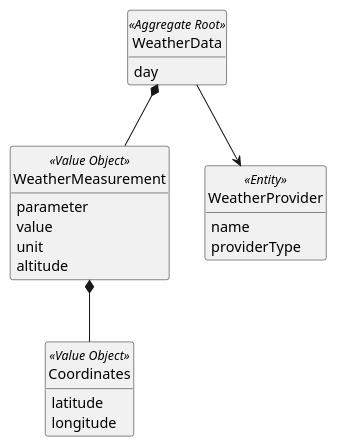
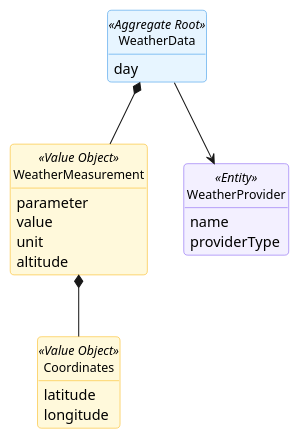
Before and after one commit to GustavoFerreira24/flight-management-platform: the diagram in docs/global-artifacts/02.analysis/puml/Aggregates/WeatherDataAggregate.puml, drawn with PlantUML. The commit also changed 13 other files, not shown here.

Commit message:
US10(Code) - Refactor aggregate models to enhance visual representation and relationships in UML diagrams [#11][#12][#13][#14]

```diff
--- a/docs/global-artifacts/02.analysis/puml/Aggregates/WeatherDataAggregate.puml
+++ b/docs/global-artifacts/02.analysis/puml/Aggregates/WeatherDataAggregate.puml
@@ -1,35 +1,51 @@
 @startuml
-skinparam monochrome true
-skinparam packageStyle rectangle
-skinparam shadowing false
-skinparam classAttributeIconSize 0
+skinparam {
+    BackgroundColor white
+    RoundCorner 8
+    Shadowing false
+    Handwritten false
+    ClassAttributeIconSize 0
+
+    ClassBackgroundColor white
+    ClassBorderColor #495057
+    ClassFontSize 12
+
+    ClassBackgroundColor<<Aggregate Root>> #E7F5FF
+    ClassBorderColor<<Aggregate Root>> #228BE6
+
+    ClassBackgroundColor<<Value Object>> #FFF9DB
+    ClassBorderColor<<Value Object>> #FAB005
+
+    ClassBackgroundColor<<Entity>> #F3F0FF
+    ClassBorderColor<<Entity>> #7950F2
+}
 hide circle
 hide methods
 
 class WeatherData <<Aggregate Root>> {
     day
 }
 
 class WeatherMeasurement <<Value Object>> {
     parameter
     value
     unit
     altitude
 }
 
 ' Verificar se isto é uma entity
 class WeatherProvider <<Entity>> {
     name
     providerType
 }
 
 class Coordinates <<Value Object>> {
     latitude
     longitude
 }
 
 WeatherData --> WeatherProvider
 WeatherData *-- WeatherMeasurement
 WeatherMeasurement *-- Coordinates
 
 @enduml
```
